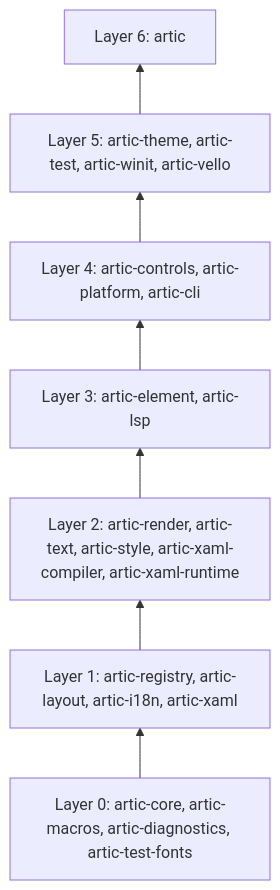
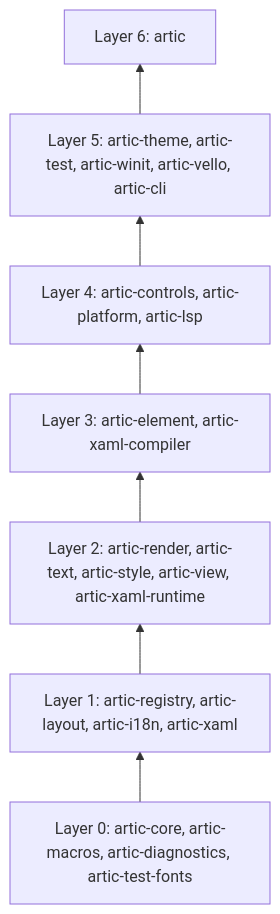
Before and after one commit to wolfware-labs/artic: the diagram in README.md, drawn with Mermaid. The commit also changed other lines of this file and 28 other files, not shown here.

First line of the commit message:
refactor(view): check views in artic-view, beside every UI language (#330)

````diff
--- a/README.md
+++ b/README.md
@@ -88,11 +89,11 @@
 ```mermaid
 flowchart BT
   L0["Layer 0: artic-core, artic-macros, artic-diagnostics, artic-test-fonts"]
   L1["Layer 1: artic-registry, artic-layout, artic-i18n, artic-xaml"]
-  L2["Layer 2: artic-render, artic-text, artic-style, artic-xaml-compiler, artic-xaml-runtime"]
-  L3["Layer 3: artic-element, artic-lsp"]
-  L4["Layer 4: artic-controls, artic-platform, artic-cli"]
-  L5["Layer 5: artic-theme, artic-test, artic-winit, artic-vello"]
+  L2["Layer 2: artic-render, artic-text, artic-style, artic-view, artic-xaml-runtime"]
+  L3["Layer 3: artic-element, artic-xaml-compiler"]
+  L4["Layer 4: artic-controls, artic-platform, artic-lsp"]
+  L5["Layer 5: artic-theme, artic-test, artic-winit, artic-vello, artic-cli"]
   L6["Layer 6: artic"]
   L0 --> L1 --> L2 --> L3 --> L4 --> L5 --> L6
 ```
````
